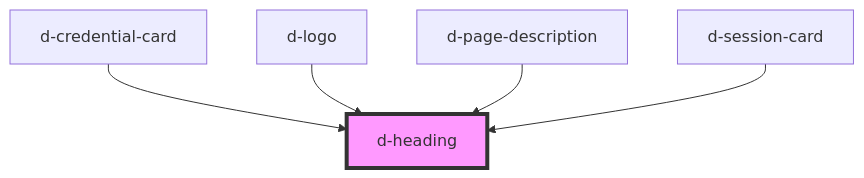
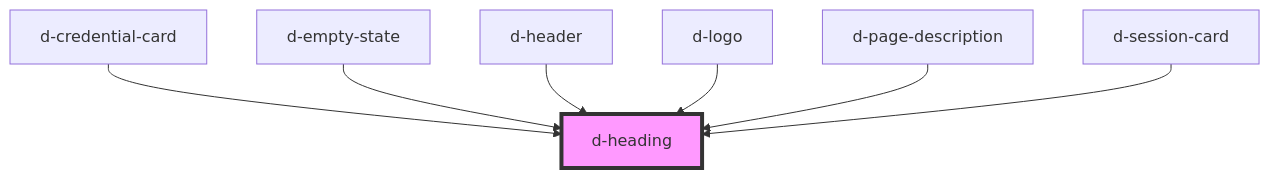
One commit to ForkbombEu/didroom-components changed the diagram in src/components/heading/readme.md. Above: the diagram before and after it, drawn with Mermaid. The commit also changed other lines of this file and 9 other files, not shown here.

````diff
--- a/src/components/heading/readme.md
+++ b/src/components/heading/readme.md
@@ -26,8 +28,10 @@
 ```mermaid
 graph TD;
   d-credential-card --> d-heading
+  d-empty-state --> d-heading
+  d-header --> d-heading
   d-logo --> d-heading
   d-page-description --> d-heading
   d-session-card --> d-heading
   style d-heading fill:#f9f,stroke:#333,stroke-width:4px
 ```
````
